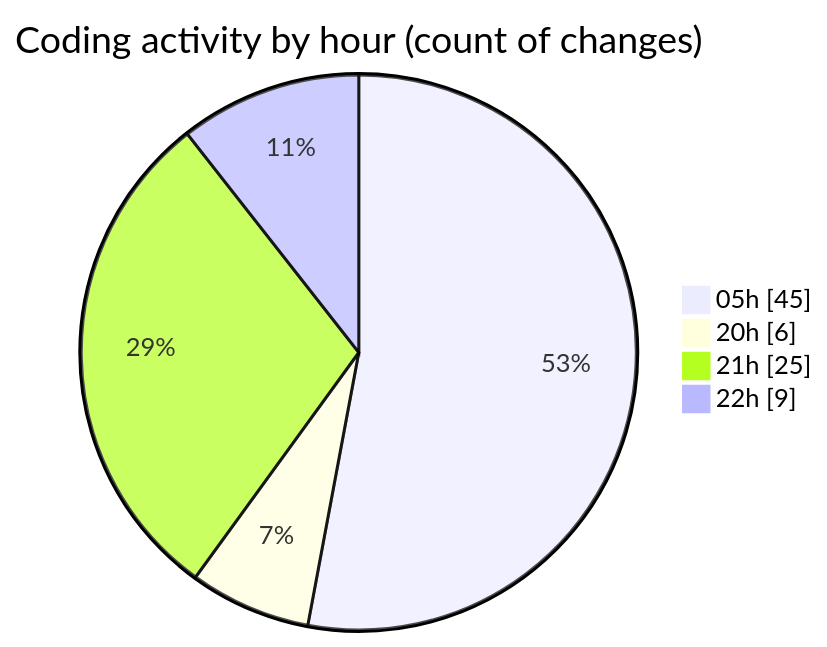
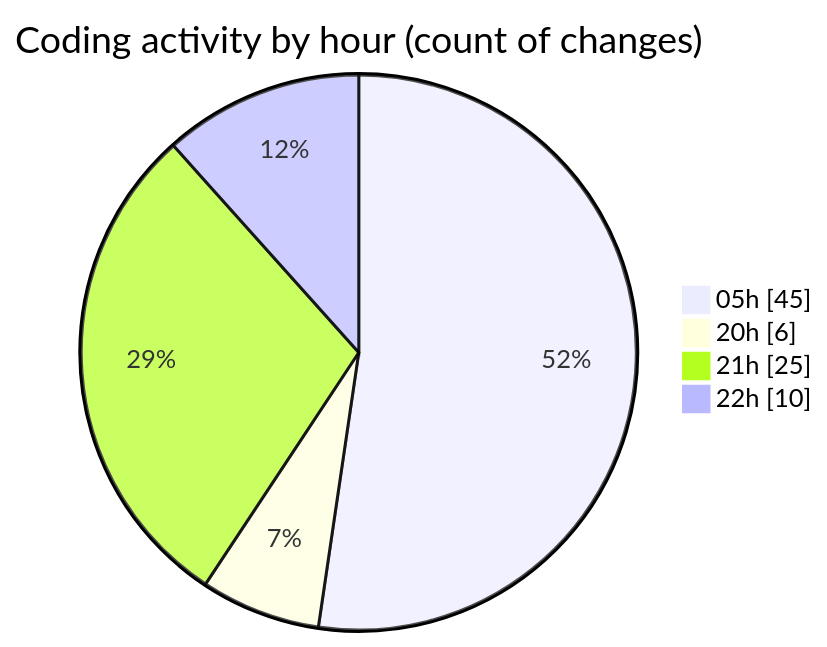
One commit to lephambinh05/code-tracking changed the second of 2 diagrams in 2025-08-05/napxuvn/README.md. Above: the diagram before and after it, drawn with Mermaid. The commit also changed other lines of this file and 1 other file, not shown here.

````diff
--- a/2025-08-05/napxuvn/README.md
+++ b/2025-08-05/napxuvn/README.md
@@ -75,8 +76,8 @@
 ```mermaid
 pie showData
 title Coding activity by hour (count of changes)
 "05h" : 45
 "20h" : 6
 "21h" : 25
-"22h" : 9
+"22h" : 10
 ```
````
